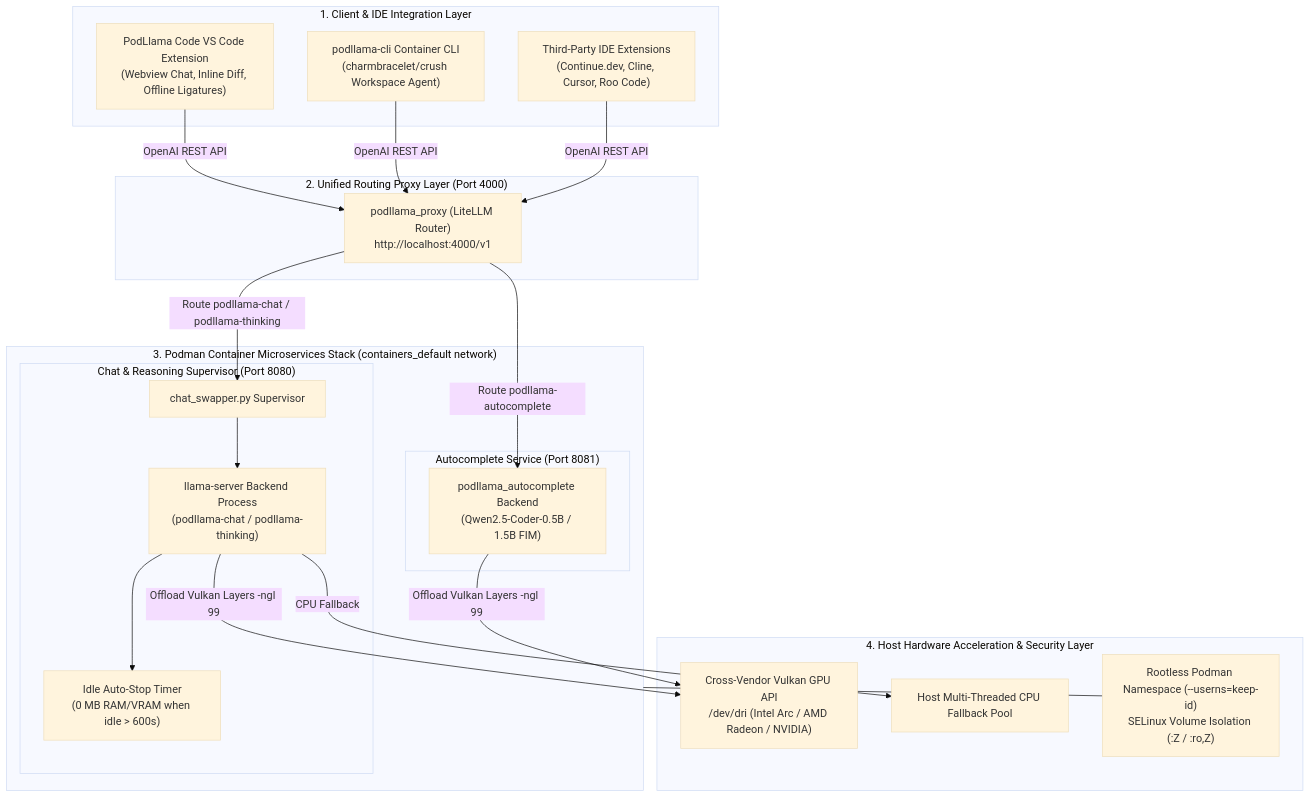
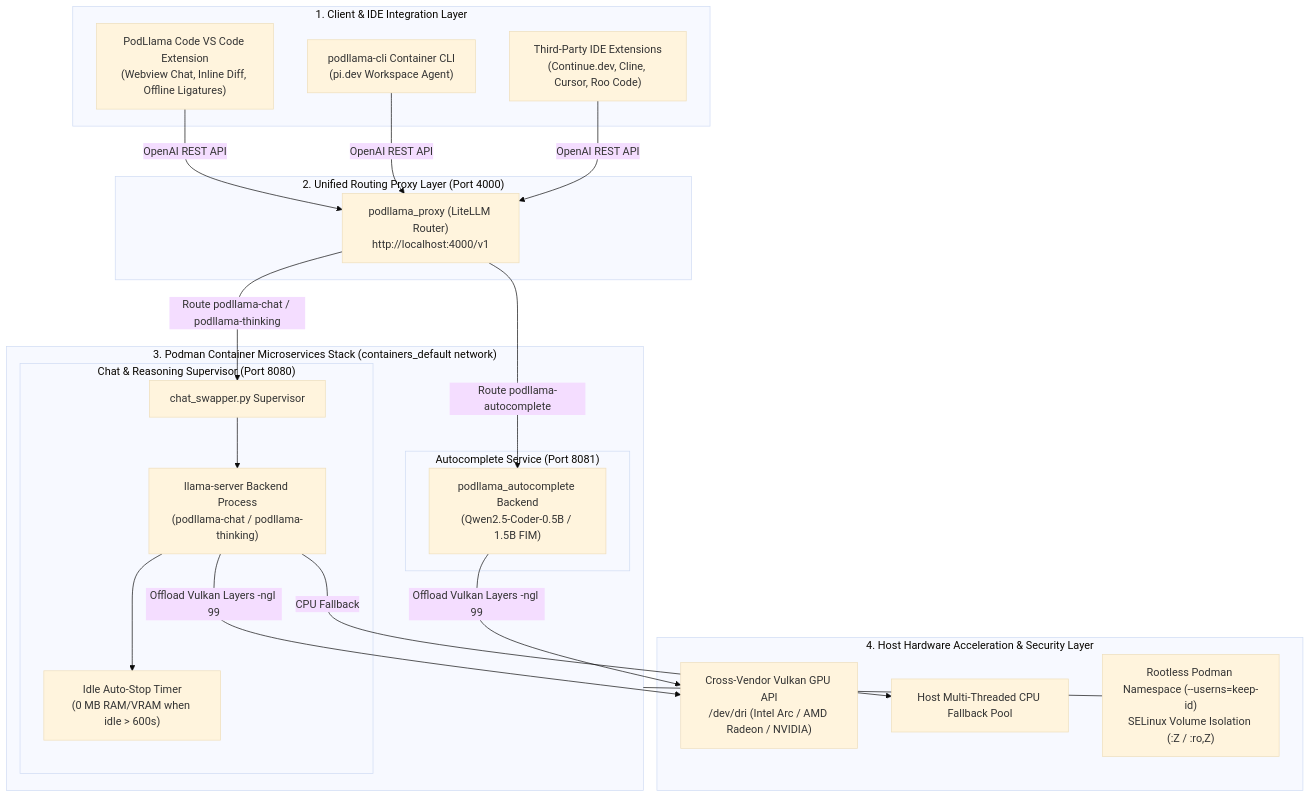
Before and after one commit to archanpaul/podllama: the diagram in README.md, drawn with Mermaid (base theme). The commit also changed other lines of this file and 13 other files, not shown here.

First line of the commit message:
feat(cli): replace crush with pi.dev coding agent

````diff
--- a/README.md
+++ b/README.md
@@ -95,46 +95,46 @@
 ```mermaid
 flowchart TB
     subgraph IDE_CLIENT_LAYER["1. Client & IDE Integration Layer"]
         VSCodeExt["PodLlama Code VS Code Extension\n(Webview Chat, Inline Diff, Offline Ligatures)"]
-        PodLlamaCLI["podllama-cli Container CLI\n(charmbracelet/crush Workspace Agent)"]
+        PodLlamaCLI["podllama-cli Container CLI\n(pi.dev Workspace Agent)"]
         ExternalIDE["Third-Party IDE Extensions\n(Continue.dev, Cline, Cursor, Roo Code)"]
     end
 
     subgraph PROXY_LAYER["2. Unified Routing Proxy Layer (Port 4000)"]
         LiteLLMProxy["podllama_proxy (LiteLLM Router)\nhttp://localhost:4000/v1"]
     end
 
     subgraph BACKEND_STACK["3. Podman Container Microservices Stack (containers_default network)"]
         subgraph CHAT_SUPERVISOR["Chat & Reasoning Supervisor (Port 8080)"]
             Swapper["chat_swapper.py Supervisor"]
             LlamaChat["llama-server Backend Process\n(podllama-chat / podllama-thinking)"]
             IdleTimer["Idle Auto-Stop Timer\n(0 MB RAM/VRAM when idle > 600s)"]
             Swapper --> LlamaChat
             LlamaChat --> IdleTimer
         end
 
         subgraph AUTOCOMPLETE_SERVICE["Autocomplete Service (Port 8081)"]
             LlamaAuto["podllama_autocomplete Backend\n(Qwen2.5-Coder-0.5B / 1.5B FIM)"]
         end
     end
 
     subgraph HARDWARE_SECURITY_LAYER["4. Host Hardware Acceleration & Security Layer"]
         VulkanGPU["Cross-Vendor Vulkan GPU API\n/dev/dri (Intel Arc / AMD Radeon / NVIDIA)"]
         CPUPool["Host Multi-Threaded CPU Fallback Pool"]
         RootlessSELinux["Rootless Podman Namespace (--userns=keep-id)\nSELinux Volume Isolation (:Z / :ro,Z)"]
     end
 
     %% Flow Connections
     VSCodeExt -->|OpenAI REST API| LiteLLMProxy
     PodLlamaCLI -->|OpenAI REST API| LiteLLMProxy
     ExternalIDE -->|OpenAI REST API| LiteLLMProxy
 
     LiteLLMProxy -->|Route podllama-chat / podllama-thinking| Swapper
     LiteLLMProxy -->|Route podllama-autocomplete| LlamaAuto
 
     LlamaChat -->|Offload Vulkan Layers -ngl 99| VulkanGPU
     LlamaChat -->|CPU Fallback| CPUPool
     LlamaAuto -->|Offload Vulkan Layers -ngl 99| VulkanGPU
 
     BACKEND_STACK --- RootlessSELinux
 ```
````
